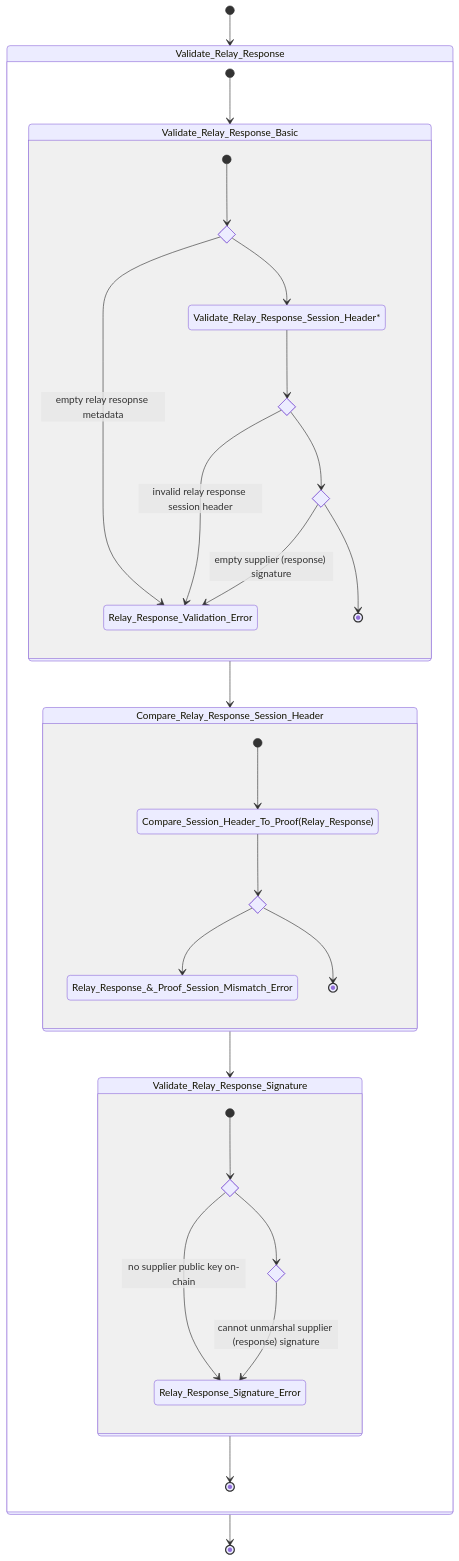
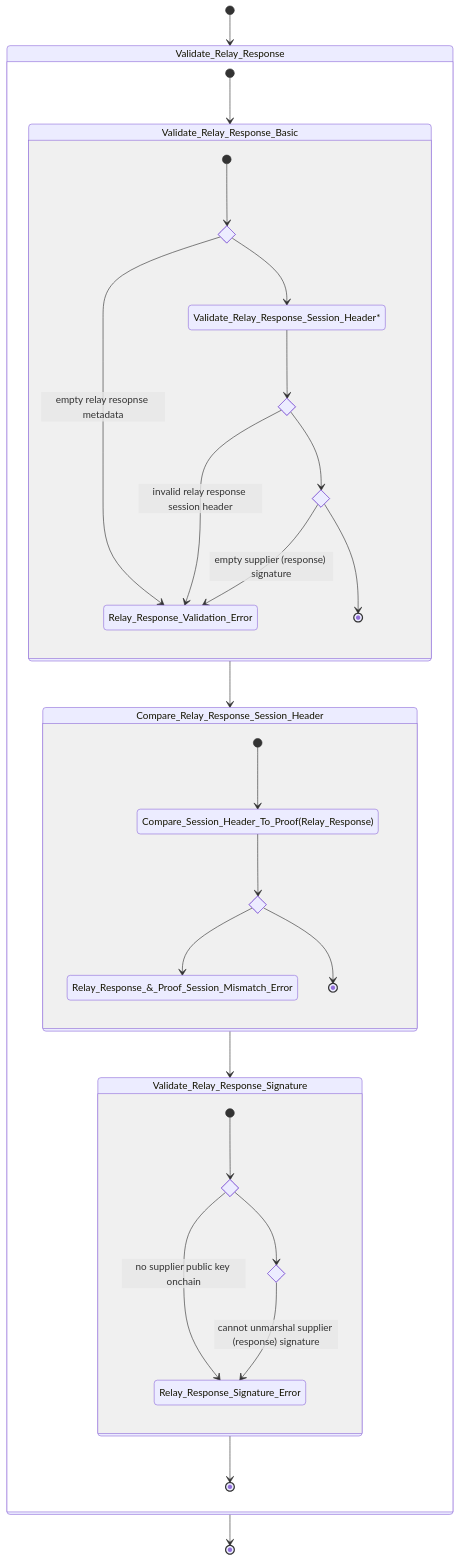
One commit to pokt-network/poktroll changed diagram 15 of 17 in docusaurus/docs/protocol/primitives/claim_and_proof_lifecycle.md. Above: the diagram before and after it, drawn with Mermaid. The commit also changed other lines of this file and 152 other files, not shown here.

````diff
--- a/docusaurus/docs/protocol/primitives/claim_and_proof_lifecycle.md
+++ b/docusaurus/docs/protocol/primitives/claim_and_proof_lifecycle.md
@@ -789,49 +789,49 @@
 ```mermaid
 stateDiagram-v2
 
 [*] --> Validate_Relay_Response
 state Validate_Relay_Response {
 
         [*] --> Validate_Relay_Response_Basic
 
     state Validate_Relay_Response_Basic {
         state if_response_valid <<choice>>
         state if_supplier_signature_empty <<choice>>
         state if_response_meta_empty <<choice>>
         [*] --> if_response_meta_empty
         if_response_meta_empty --> Relay_Response_Validation_Error: empty relay resopnse metadata
         if_response_meta_empty --> Validate_Relay_Response_Session_Header*
         Validate_Relay_Response_Session_Header* --> if_response_valid
         if_response_valid --> Relay_Response_Validation_Error: invalid relay response session header
         if_response_valid --> if_supplier_signature_empty
         if_supplier_signature_empty --> Relay_Response_Validation_Error: empty supplier (response) signature
         if_supplier_signature_empty --> [*]
     }
 
     Validate_Relay_Response_Basic --> Compare_Relay_Response_Session_Header
 
      state Compare_Relay_Response_Session_Header {
         state if_res_session_header_mismatch <<choice>>
         [*] --> Compare_Session_Header_To_Proof(Relay_Response)
         Compare_Session_Header_To_Proof(Relay_Response) --> if_res_session_header_mismatch
         if_res_session_header_mismatch --> Relay_Response_&_Proof_Session_Mismatch_Error
         if_res_session_header_mismatch --> [*]
     }
 
     Compare_Relay_Response_Session_Header --> Validate_Relay_Response_Signature
 
     state Validate_Relay_Response_Signature {
         state if_supplier_pubkey_exists <<choice>>
         state if_supplier_sig_malformed <<choice>>
 
         [*] --> if_supplier_pubkey_exists
-        if_supplier_pubkey_exists --> Relay_Response_Signature_Error: no supplier public key on-chain
+        if_supplier_pubkey_exists --> Relay_Response_Signature_Error: no supplier public key onchain
         if_supplier_pubkey_exists --> if_supplier_sig_malformed
         if_supplier_sig_malformed --> Relay_Response_Signature_Error: cannot unmarshal supplier (response) signature
     }
 
     Validate_Relay_Response_Signature --> [*]
 
 }
 Validate_Relay_Response --> [*]
 ```
````
